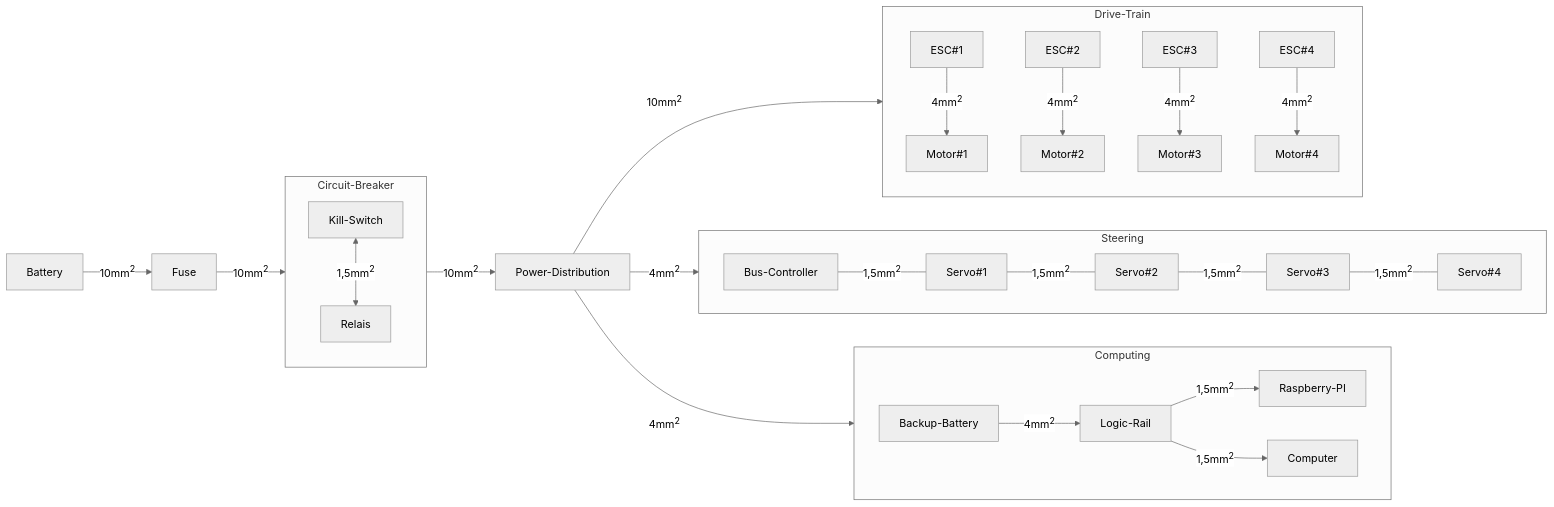
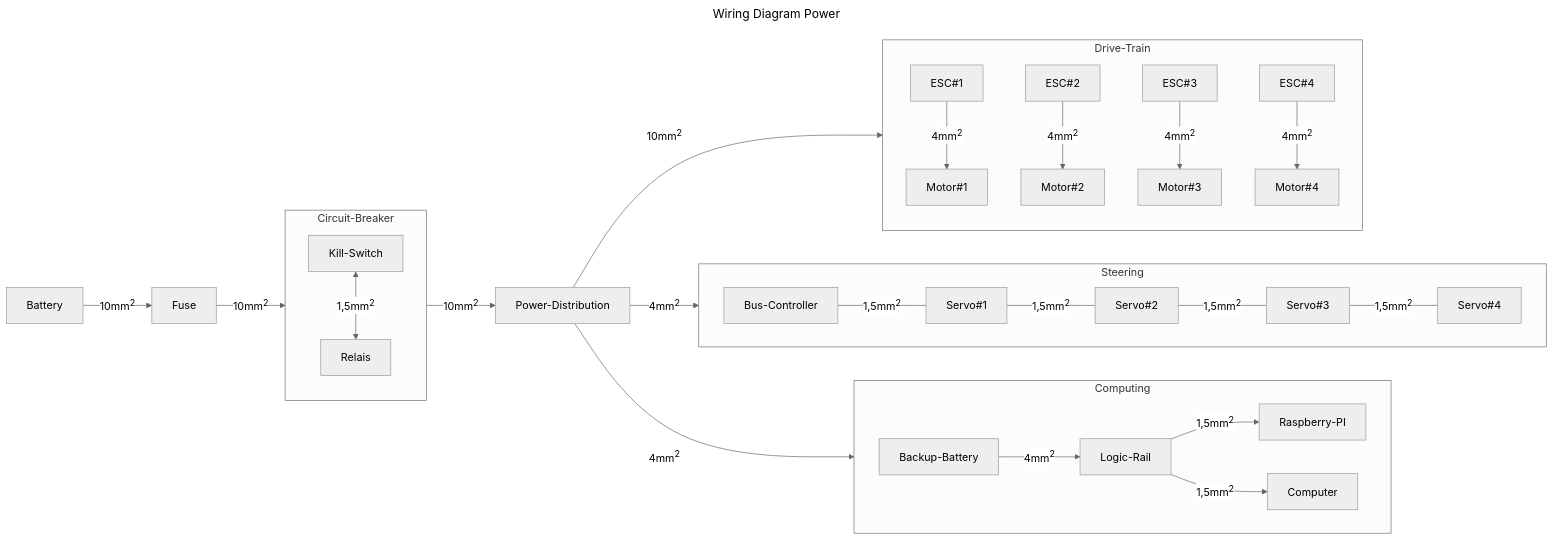
One commit to RWU-R2M/PE changed the diagram in hardware/wiring-diagram-p.mmd. Above: the diagram before and after it, drawn with Mermaid (neutral theme).

Commit message:
diagram title typo

```diff
--- a/hardware/wiring-diagram-p.mmd
+++ b/hardware/wiring-diagram-p.mmd
@@ -1,38 +1,38 @@
 ---
-titel: Wiring Diagram Power
+title: Wiring Diagram Power
 ---
 
 graph LR
 
 subgraph Circuit-Breaker
     direction TB
     Kill-Switch <--> |1,5mm<sup>2| Relais
 end
 
 
 subgraph Drive-Train
     direction TB
     ESC#1 --> |4mm<sup>2| Motor#1
     ESC#2 --> |4mm<sup>2| Motor#2
     ESC#3 --> |4mm<sup>2| Motor#3
     ESC#4 --> |4mm<sup>2| Motor#4
 end
 
 subgraph Steering
     direction LR
     Bus-Controller 
     --- |1,5mm<sup>2| Servo#1 
     --- |1,5mm<sup>2| Servo#2 
     --- |1,5mm<sup>2| Servo#3 
     --- |1,5mm<sup>2| Servo#4
 end
 
 subgraph Computing
     direction LR
     Backup-Battery --> |4mm<sup>2| Logic-Rail --> |1,5mm<sup>2| Raspberry-PI & Computer
 end
 
 Battery --> |10mm<sup>2| Fuse --> |10mm<sup>2|Circuit-Breaker --> |10mm<sup>2| Power-Distribution 
 Power-Distribution --> |10mm<sup>2| Drive-Train
 Power-Distribution --> |4mm<sup>2| Steering
 Power-Distribution --> |4mm<sup>2| Computing
```
